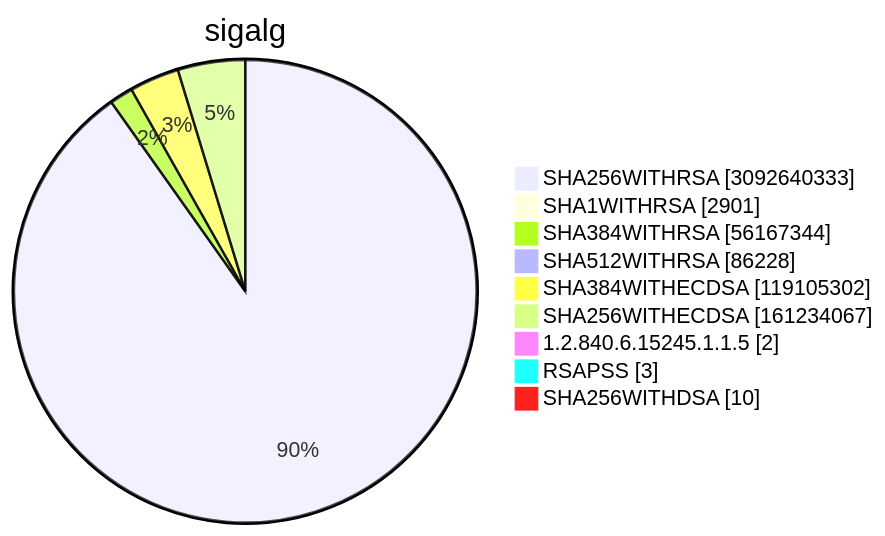
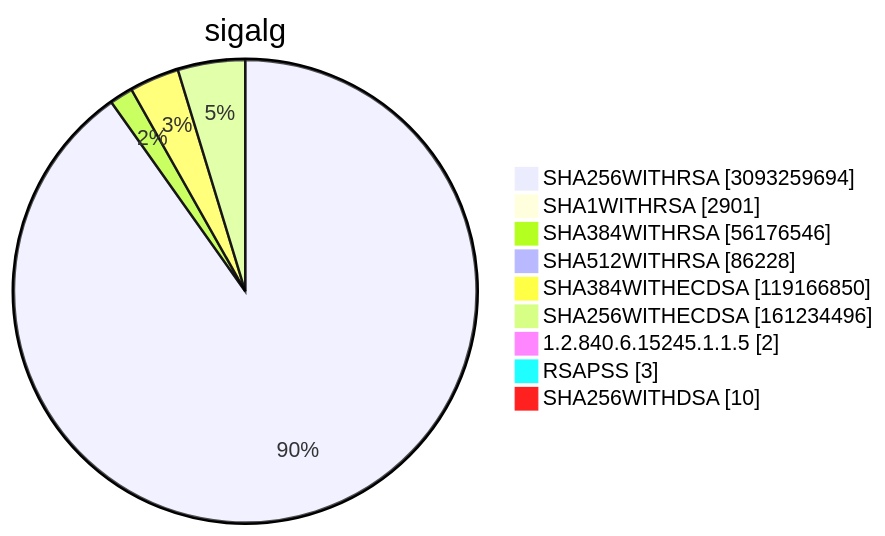
One commit to christiankrug/ctmonitor_visualization changed diagram 15 of 15 in TOTAL/README.md. Above: the diagram before and after it, drawn with Mermaid. The commit also changed other lines of this file, not shown here.

````diff
--- a/TOTAL/README.md
+++ b/TOTAL/README.md
@@ -6211,13 +6211,13 @@
 ```mermaid
 pie showData
 title sigalg
-"SHA256WITHRSA" :3092640333
+"SHA256WITHRSA" :3093259694
 "SHA1WITHRSA" :2901
-"SHA384WITHRSA" :56167344
+"SHA384WITHRSA" :56176546
 "SHA512WITHRSA" :86228
-"SHA384WITHECDSA" :119105302
-"SHA256WITHECDSA" :161234067
+"SHA384WITHECDSA" :119166850
+"SHA256WITHECDSA" :161234496
 "1.2.840.6.15245.1.1.5" :2
 "RSAPSS" :3
 "SHA256WITHDSA" :10
 ```
````
